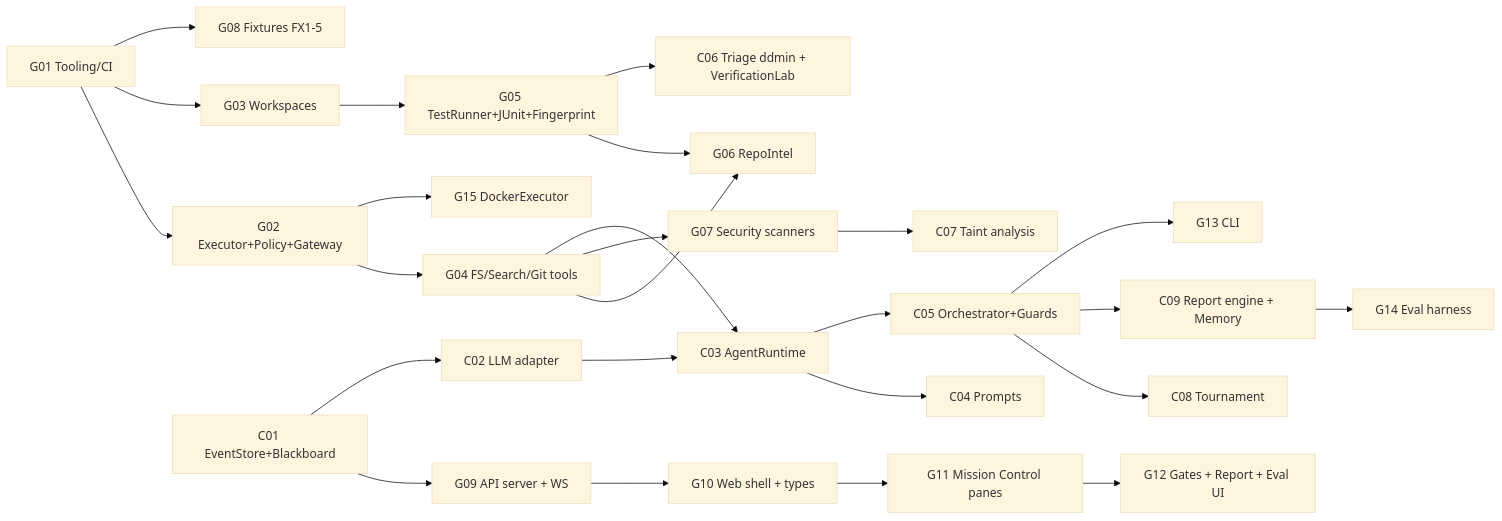
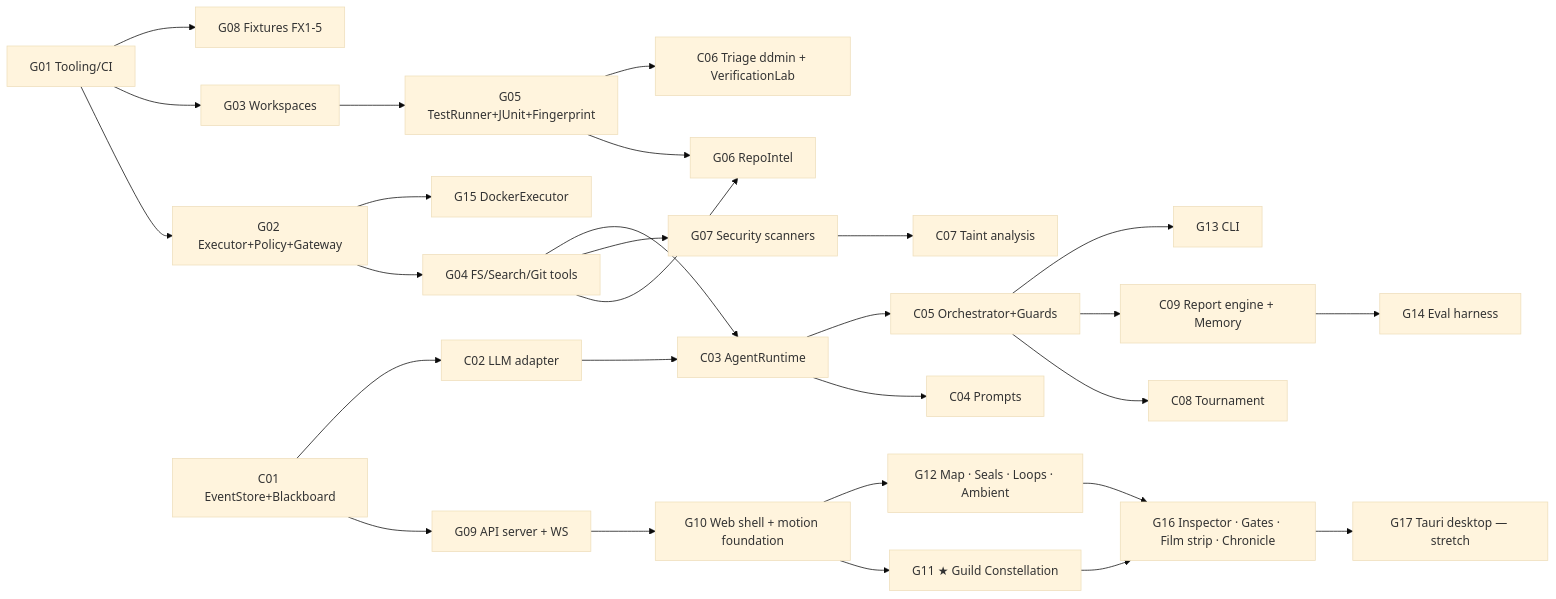
The second of 2 diagrams in docs/13-BUILD-ORCHESTRATION.md (PECathon-2026/16-404Found), drawn with Mermaid (base theme) before and after one commit. The commit also changed other lines of this file and 10 other files, not shown here.

````diff
--- a/docs/13-BUILD-ORCHESTRATION.md
+++ b/docs/13-BUILD-ORCHESTRATION.md
@@ -50,27 +50,30 @@
 ```mermaid
 flowchart LR
     G01[G01 Tooling/CI] --> G02[G02 Executor+Policy+Gateway]
     G01 --> G03[G03 Workspaces]
     G02 --> G04[G04 FS/Search/Git tools]
     G03 --> G05[G05 TestRunner+JUnit+Fingerprint]
     G04 --> G06[G06 RepoIntel]
     G05 --> G06
     G04 --> G07[G07 Security scanners]
     G01 --> G08[G08 Fixtures FX1-5]
     C01[C01 EventStore+Blackboard] --> G09[G09 API server + WS]
-    G09 --> G10[G10 Web shell + types]
-    G10 --> G11[G11 Mission Control panes]
-    G11 --> G12[G12 Gates + Report + Eval UI]
+    G09 --> G10[G10 Web shell + motion foundation]
+    G10 --> G11[G11 ★ Guild Constellation]
+    G10 --> G12[G12 Map · Seals · Loops · Ambient]
+    G11 --> G16[G16 Inspector · Gates · Film strip · Chronicle]
+    G12 --> G16
+    G16 --> G17[G17 Tauri desktop — stretch]
     C01 --> C02[C02 LLM adapter]
     C02 --> C03[C03 AgentRuntime]
     G04 --> C03
     C03 --> C04[C04 Prompts]
     C03 --> C05[C05 Orchestrator+Guards]
     G05 --> C06[C06 Triage ddmin + VerificationLab]
     G07 --> C07[C07 Taint analysis]
     C05 --> C08[C08 Tournament]
     C05 --> C09[C09 Report engine + Memory]
     C05 --> G13[G13 CLI]
     C09 --> G14[G14 Eval harness]
     G02 --> G15[G15 DockerExecutor]
 ```
````
